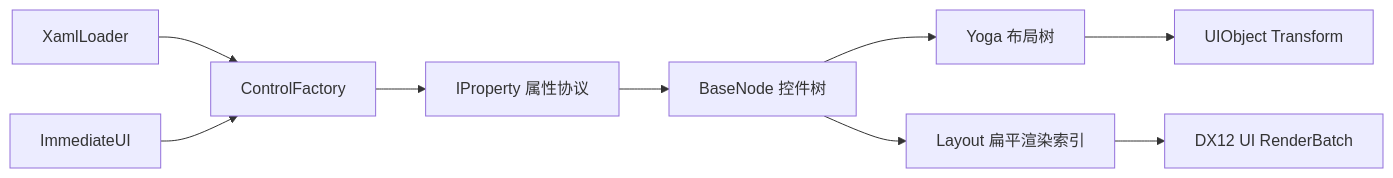
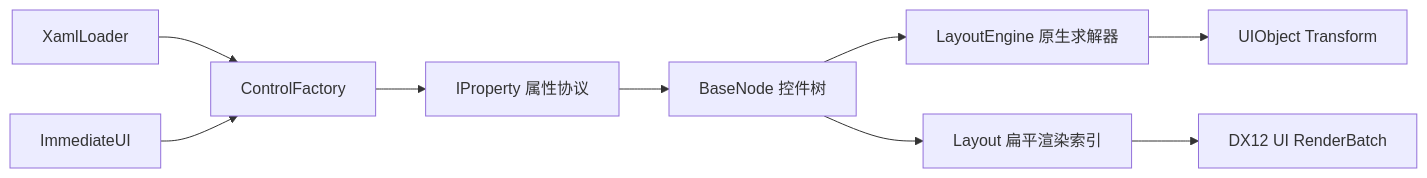
One commit to z8z6/slot changed the diagram in docs/ui/README.md. Above: the diagram before and after it, drawn with Mermaid. The commit also changed other lines of this file and 83 other files, not shown here.

````diff
--- a/docs/ui/README.md
+++ b/docs/ui/README.md
@@ -5,11 +5,11 @@
 ```mermaid
 flowchart LR
     XAML[XamlLoader] --> Factory[ControlFactory]
     Immediate[ImmediateUI] --> Factory
     Factory --> Property[IProperty 属性协议]
     Property --> Tree[BaseNode 控件树]
-    Tree --> Yoga[Yoga 布局树]
+    Tree --> Native[LayoutEngine 原生求解器]
     Tree --> Index[Layout 扁平渲染索引]
-    Yoga --> Transform[UIObject Transform]
+    Native --> Transform[UIObject Transform]
     Index --> Batch[DX12 UI RenderBatch]
 ```
````
